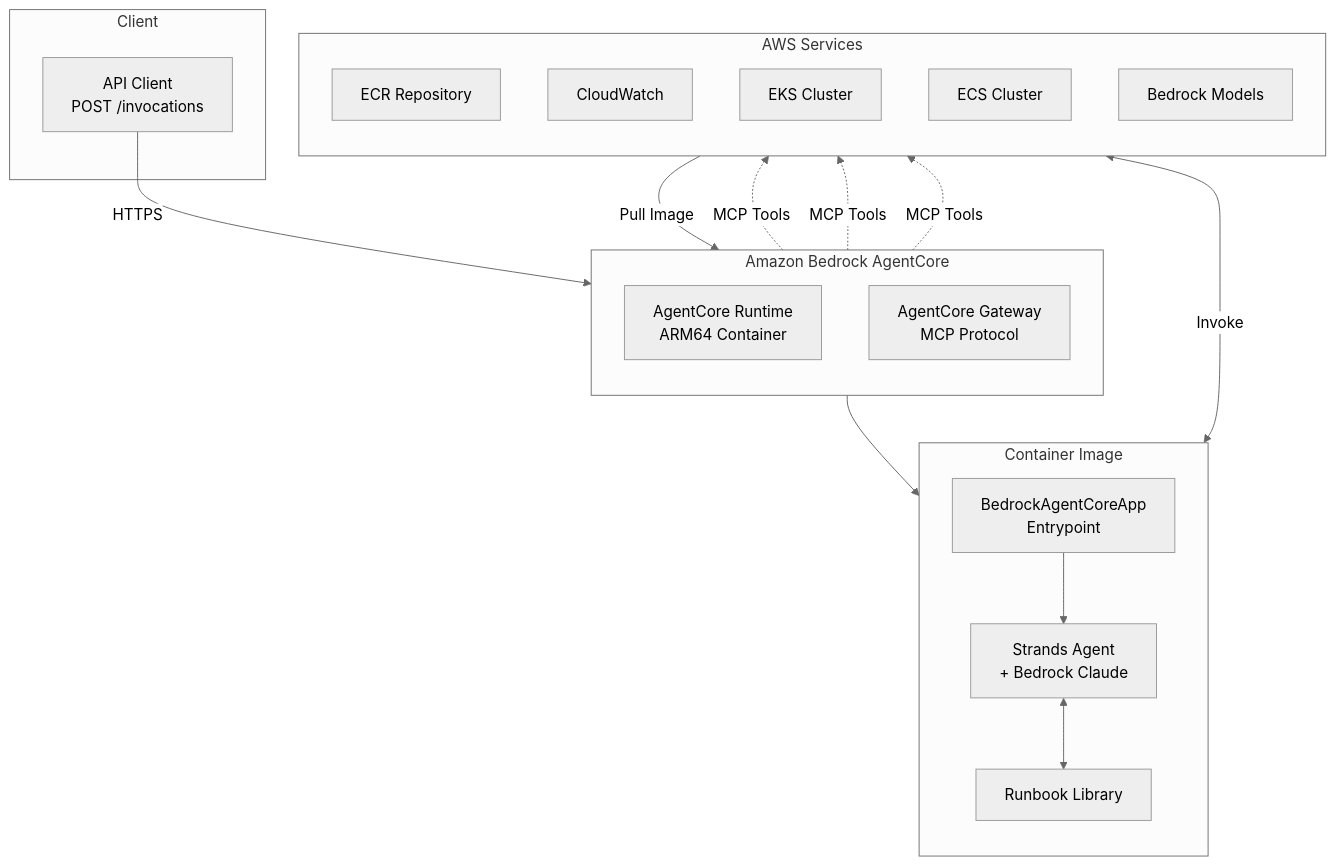
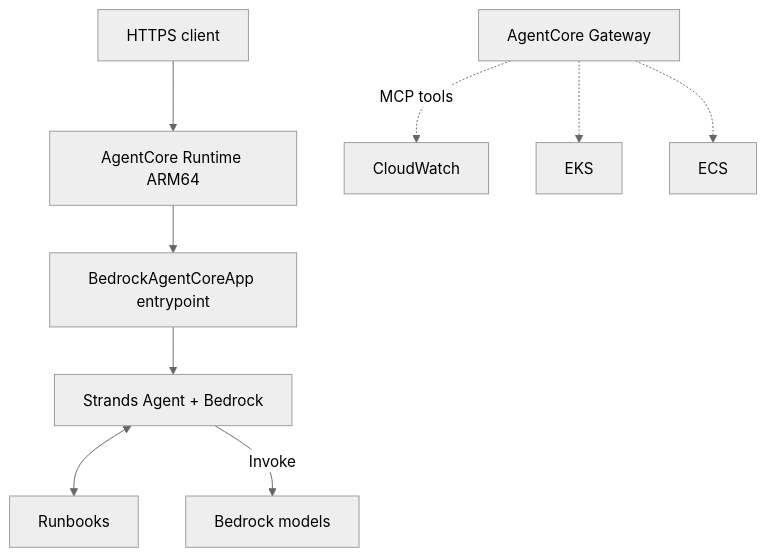
One commit to harin-singh/aws-incident-copilot changed the second of 2 diagrams in README.md. Above: the diagram before and after it, drawn with Mermaid (neutral theme). The commit also changed other lines of this file, not shown here.

````diff
--- a/README.md
+++ b/README.md
@@ -84,40 +60,11 @@
 ```mermaid
 flowchart TB
-    subgraph Client["Client"]
-        API[API Client<br/>POST /invocations]
-    end
-
-    subgraph AgentCore["Amazon Bedrock AgentCore"]
-        direction TB
-        RT[AgentCore Runtime<br/>ARM64 Container]
-        GW[AgentCore Gateway<br/>MCP Protocol]
-    end
-
-    subgraph Container["Container Image"]
-        direction TB
-        EP[BedrockAgentCoreApp<br/>Entrypoint]
-        SA[Strands Agent<br/>+ Bedrock Claude]
-        RB[Runbook Library]
-    end
-
-    subgraph AWS["AWS Services"]
-        direction TB
-        ECR[ECR Repository]
-        CW[CloudWatch]
-        EKS[EKS Cluster]
-        ECS[ECS Cluster]
-        BR[Bedrock Models]
-    end
-
-    API -->|HTTPS| RT
-    RT --> Container
-    EP --> SA
-    SA <--> RB
-    SA <-->|Invoke| BR
-
-    GW -.->|MCP Tools| CW
-    GW -.->|MCP Tools| EKS
-    GW -.->|MCP Tools| ECS
-
-    ECR -->|Pull Image| RT
+    Client[HTTPS client] --> RT[AgentCore Runtime ARM64]
+    RT --> EP[BedrockAgentCoreApp entrypoint]
+    EP --> SA[Strands Agent + Bedrock]
+    SA <--> RB[Runbooks]
+    SA -->|Invoke| BR[Bedrock models]
+    GW[AgentCore Gateway] -.->|MCP tools| CW[CloudWatch]
+    GW -.-> K8S[EKS]
+    GW -.-> ECS[ECS]
 ```
````
